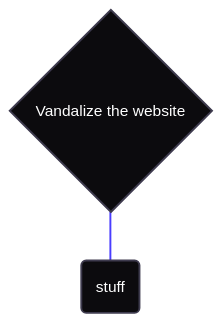
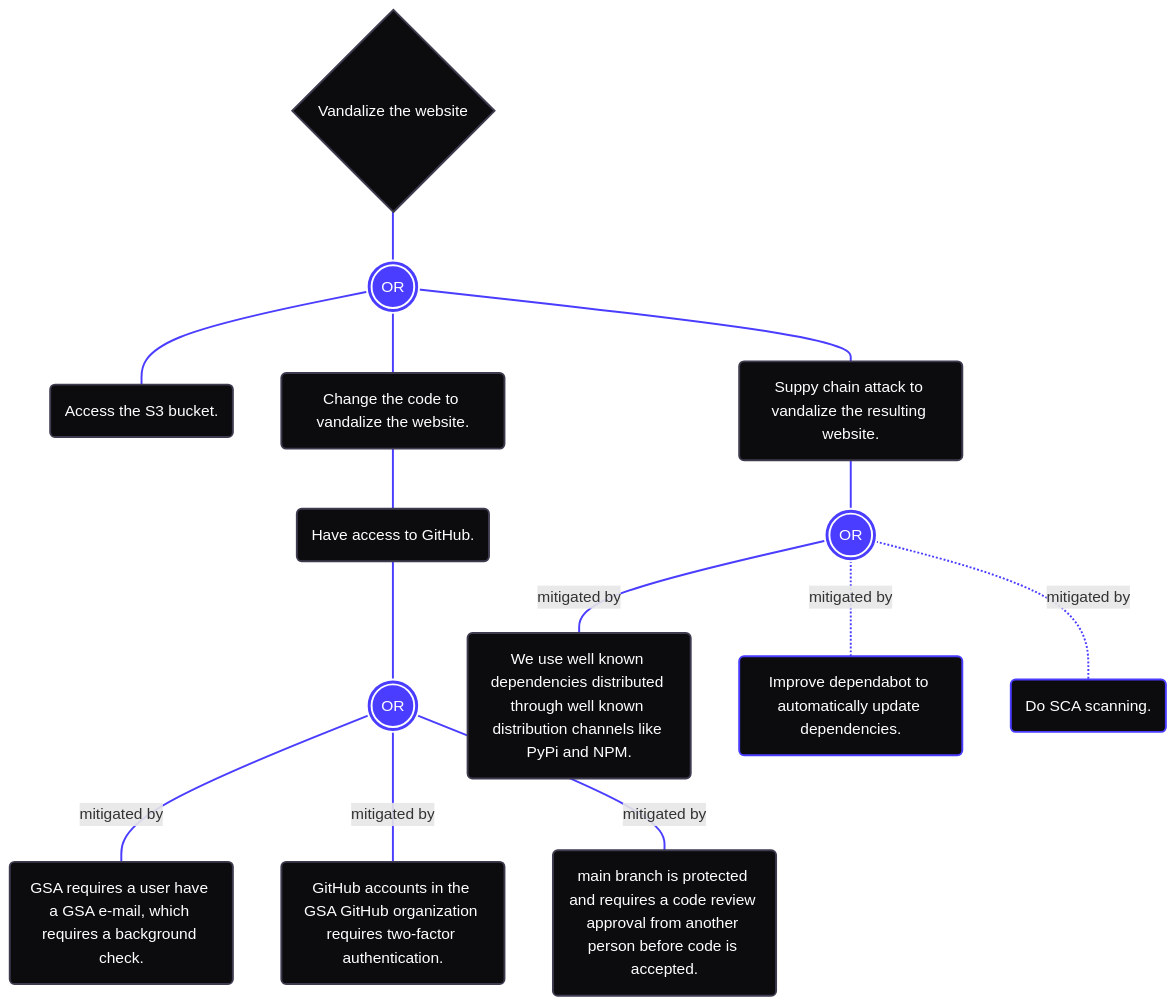
Before and after one commit to gsa-tts-archived/document-extractor-poc: the fourth of 4 diagrams in docs/THREAT_MODEL.md, drawn with Mermaid. The commit also changed other lines of this file and 1 other file, not shown here.

Commit message:
Fill out Vandalize the website threat

````diff
--- a/docs/THREAT_MODEL.md
+++ b/docs/THREAT_MODEL.md
@@ -219,11 +237,29 @@
 ```mermaid
 flowchart TD
   A0{Vandalize the website}:::objective
-    A0---B1(stuff):::condition
+    A0---B1(((OR))):::booleanOr
+      B1---C1(Access the S3 bucket.):::condition
+      B1---C2(Change the code to vandalize the website.):::condition
+        C2---D1(Have access to GitHub.):::condition
+          D1---E1(((OR))):::booleanOr
+            E1-- mitigated by ---F1(GSA requires a user have a GSA e-mail, which requires a background check.):::condition
+            E1-- mitigated by ---F2(GitHub accounts in the GSA GitHub organization requires two-factor authentication.):::condition
+            E1-- mitigated by ---F3(main branch is protected and requires a code review approval from another person before code is accepted.):::condition
+      B1---C3(Suppy chain attack to vandalize the resulting website.):::condition
+        C3---D2(((OR))):::booleanOr
+          D2-- mitigated by ---E2(We use well known dependencies distributed through well known distribution channels like PyPi and NPM.):::condition
+          D2-. mitigated by .-E3(Improve dependabot to automatically update dependencies.):::condition
+          D2-. mitigated by .-E4(Do SCA scanning.):::condition
   classDef objective fill:#0c0b0e,color:#ffffff,stroke:#3e3b4e,stroke-width:2px
   classDef condition fill:#0c0b0e,color:#ffffff,stroke:#3e3b4e,stroke-width:2px
   classDef assumption fill:#0c0b0e,color:#ffffff,stroke:#3e3b4e,stroke-width:2px
   classDef booleanAnd fill:#4a3dff,color:#ffffff,stroke:#ffffff,stroke-width:2px
   classDef booleanOr fill:#4a3dff,color:#ffffff,stroke:#ffffff,stroke-width:2px
-  linkStyle 0 stroke:#4a3dff,stroke-width:2px
+  style F1 stroke:#4a3dff,stroke-width:2px,fill:#0c0b0e,color:#ffffff,stroke:#3e3b4e,stroke-width:2px
+  style F2 stroke:#4a3dff,stroke-width:2px,fill:#0c0b0e,color:#ffffff,stroke:#3e3b4e,stroke-width:2px
+  style F3 stroke:#4a3dff,stroke-width:2px,fill:#0c0b0e,color:#ffffff,stroke:#3e3b4e,stroke-width:2px
+  style E2 stroke:#4a3dff,stroke-width:2px,fill:#0c0b0e,color:#ffffff,stroke:#3e3b4e,stroke-width:2px
+  style E3 stroke:#4a3dff,stroke-width:2px
+  style E4 stroke:#4a3dff,stroke-width:2px
+  linkStyle 0,1,2,3,4,5,6,7,8,9,10,11,12 stroke:#4a3dff,stroke-width:2px
 ```
````
